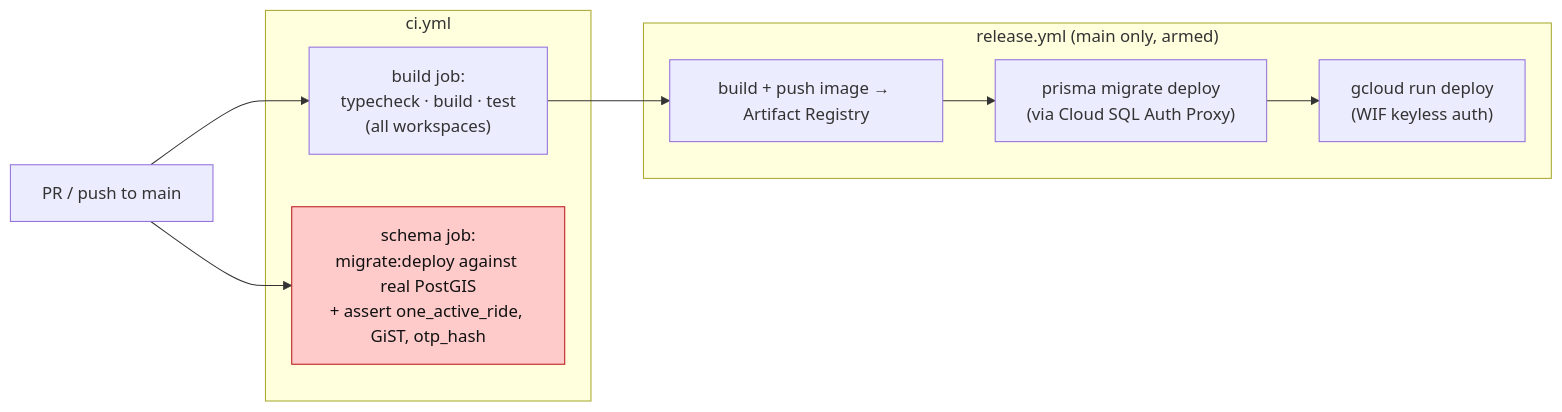
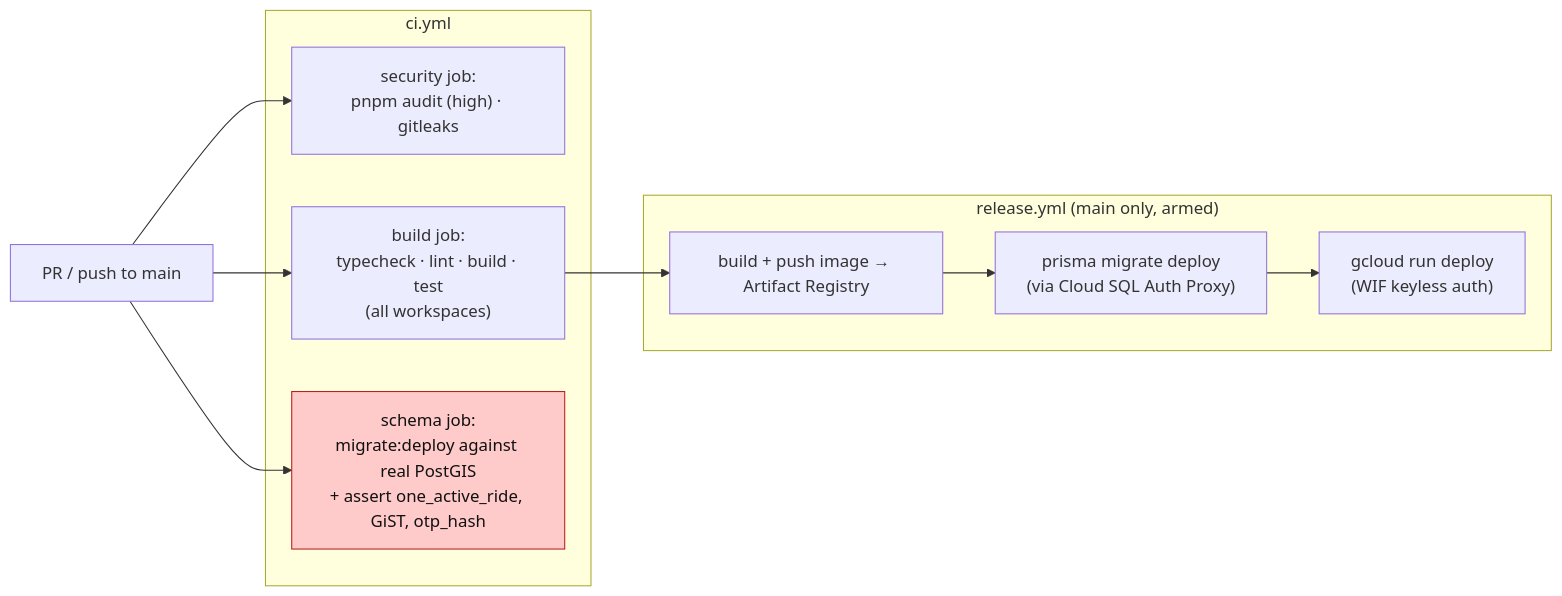
Before and after one commit to unnfazzed/Lynia: diagram 16 of 16 in docs/ARCHITECTURE.md, drawn with Mermaid. The commit also changed other lines of this file and 6 other files, not shown here.

````diff
--- a/docs/ARCHITECTURE.md
+++ b/docs/ARCHITECTURE.md
@@ -965,23 +967,25 @@
 ```mermaid
 graph LR
     pr["PR / push to main"]
 
     subgraph ci["ci.yml"]
-        build["build job:<br/>typecheck · build · test<br/>(all workspaces)"]
+        security["security job:<br/>pnpm audit (high) · gitleaks"]
+        build["build job:<br/>typecheck · lint · build · test<br/>(all workspaces)"]
         schema["schema job:<br/>migrate:deploy against real PostGIS<br/>+ assert one_active_ride, GiST, otp_hash"]
     end
 
     subgraph rel["release.yml (main only, armed)"]
         img["build + push image → Artifact Registry"]
         mig["prisma migrate deploy<br/>(via Cloud SQL Auth Proxy)"]
         dep["gcloud run deploy<br/>(WIF keyless auth)"]
     end
 
+    pr --> security
     pr --> build
     pr --> schema
     build --> img
     img --> mig --> dep
 
     classDef gate fill:#fecaca,stroke:#b91c1c,color:#111;
     class schema gate;
 ```
````
